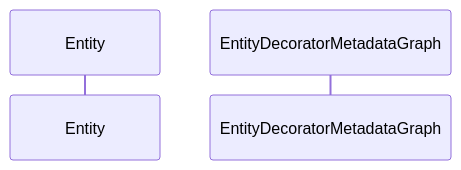
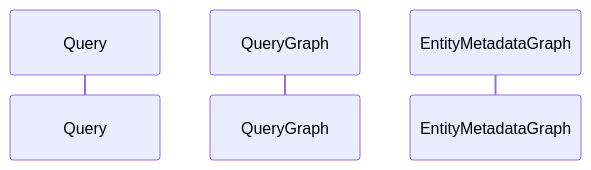
The third of 3 diagrams in docs/IMPLEMENTATION.md (khalidhoffman/simple-orm), drawn with Mermaid before and after one commit. The commit also changed other lines of this file, not shown here.

Commit message:
feat [docs] updates implementation diagrams

````diff
--- a/docs/IMPLEMENTATION.md
+++ b/docs/IMPLEMENTATION.md
@@ -42,7 +57,8 @@
 ```mermaid
 sequenceDiagram
 
-participant Entity 
-participant EntityDecoratorMetadataGraph
+participant Query
+participant QueryGraph
+participant EntityMetadataGraph
 
 ```
````
